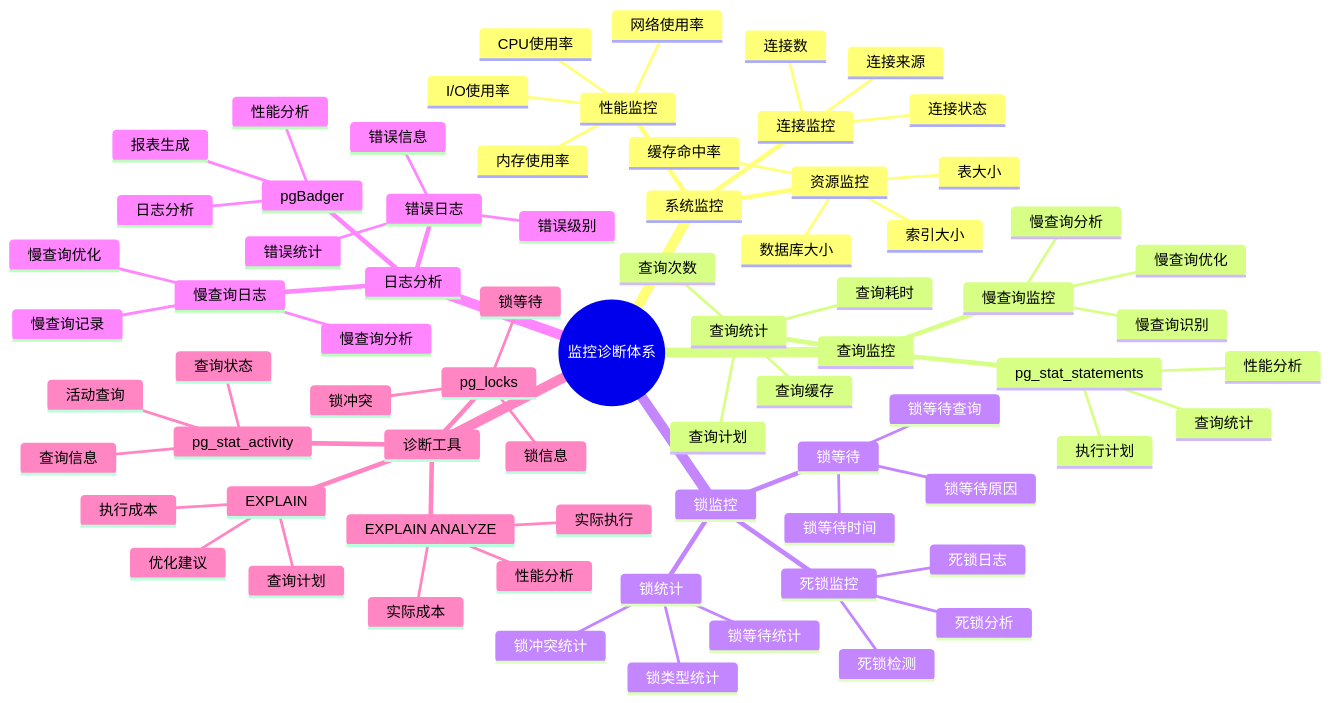
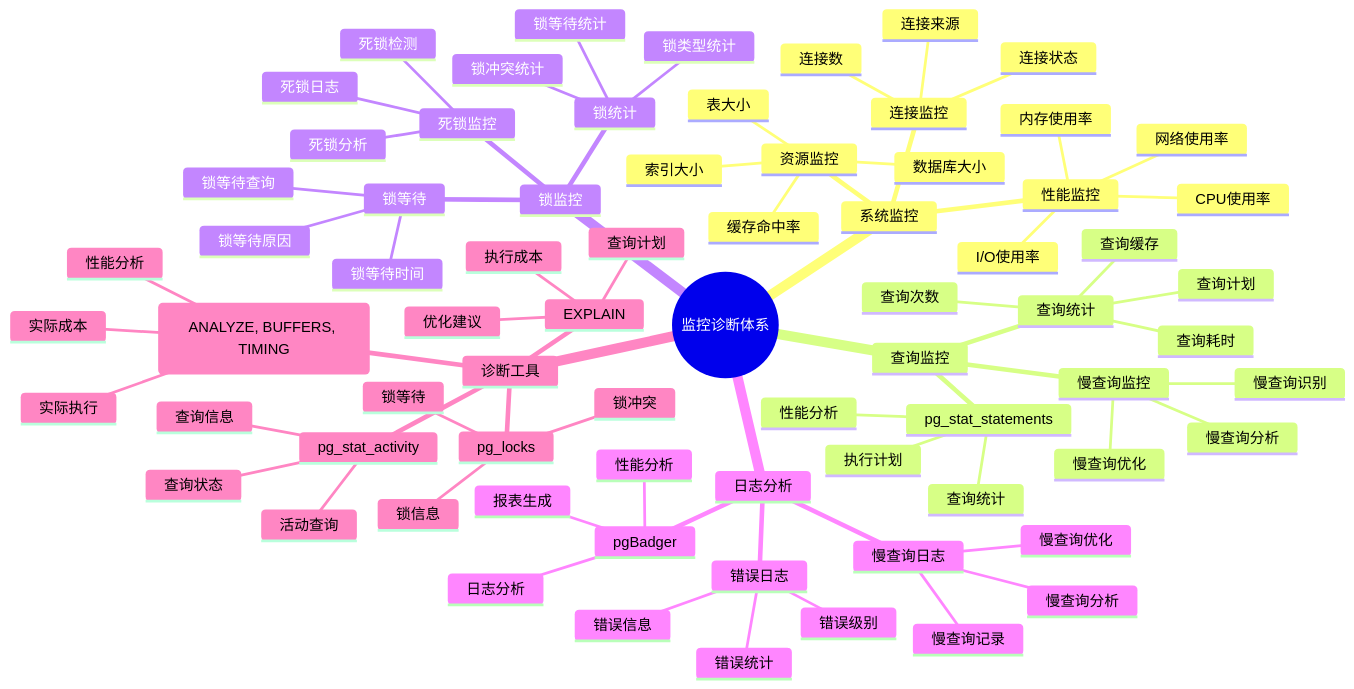
The fifth of 6 diagrams in Integrate/12-监控与诊断/监控诊断体系详解.md (AdaMartin18010/PostgreSQL_modern), drawn with Mermaid before and after one commit. The commit also changed other lines of this file and 306 other files, not shown here.

````diff
--- a/Integrate/12-监控与诊断/监控诊断体系详解.md
+++ b/Integrate/12-监控与诊断/监控诊断体系详解.md
@@ -297,76 +297,76 @@
 ```mermaid
 mindmap
   root((监控诊断体系))
     系统监控
       连接监控
         连接数
         连接状态
         连接来源
       性能监控
         CPU使用率
         内存使用率
         I/O使用率
         网络使用率
       资源监控
         数据库大小
         表大小
         索引大小
         缓存命中率
     查询监控
       慢查询监控
         慢查询识别
         慢查询分析
         慢查询优化
       查询统计
         查询次数
         查询耗时
         查询计划
         查询缓存
       pg_stat_statements
         查询统计
         执行计划
         性能分析
     锁监控
       锁等待
         锁等待时间
         锁等待查询
         锁等待原因
       死锁监控
         死锁检测
         死锁日志
         死锁分析
       锁统计
         锁类型统计
         锁等待统计
         锁冲突统计
     日志分析
       错误日志
         错误级别
         错误信息
         错误统计
       慢查询日志
         慢查询记录
         慢查询分析
         慢查询优化
       pgBadger
         日志分析
         报表生成
         性能分析
     诊断工具
       EXPLAIN
         查询计划
         执行成本
         优化建议
-      EXPLAIN ANALYZE
+      EXPLAIN (ANALYZE, BUFFERS, TIMING)
         实际执行
         实际成本
         性能分析
       pg_stat_activity
         活动查询
         查询状态
         查询信息
       pg_locks
         锁信息
         锁等待
         锁冲突
 ```
````
